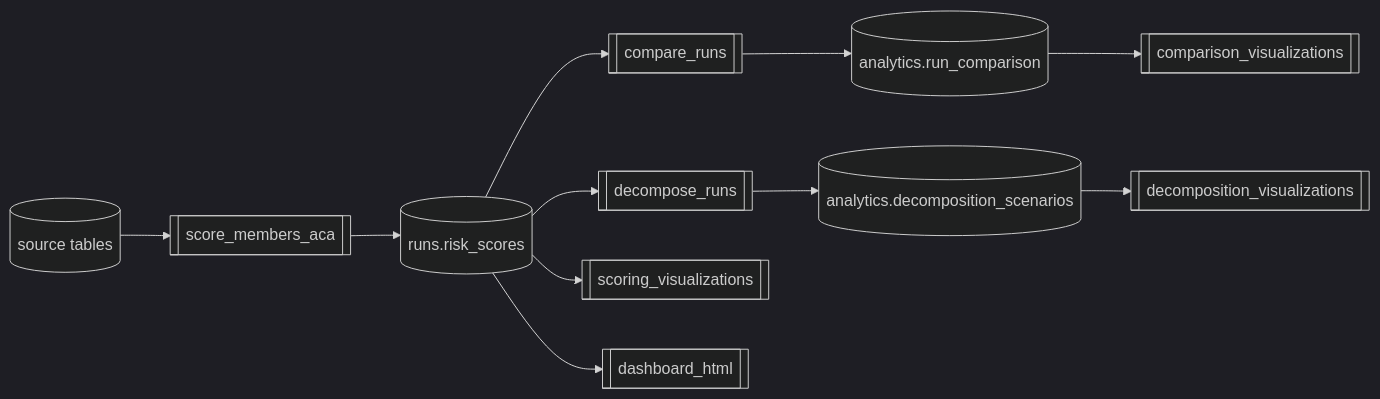
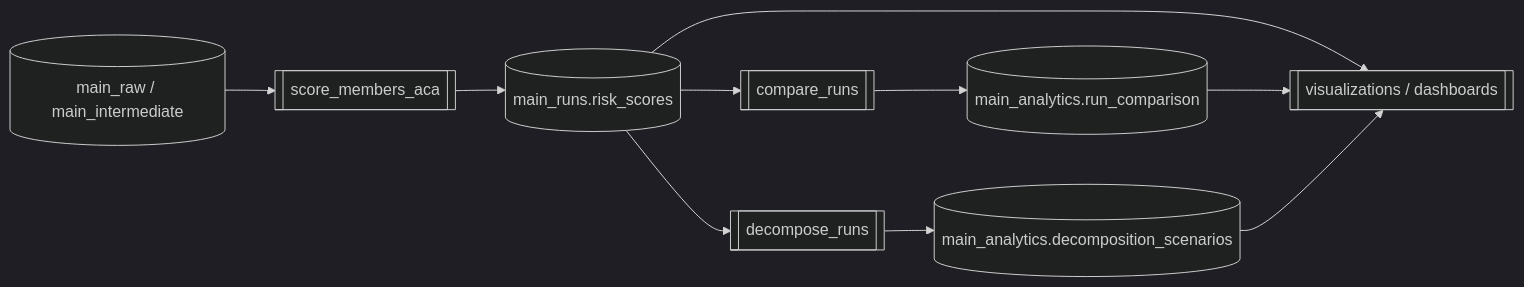
The diagram in README.md (garthmortensen/prism), drawn with Mermaid (dark theme) before and after one commit. The commit also changed other lines of this file and 7 other files, not shown here.

````diff
--- a/README.md
+++ b/README.md
@@ -56,24 +49,18 @@
 ```mermaid
 flowchart LR
-  A[("source tables")]
+  A[("main_raw / main_intermediate")]
   S[["score_members_aca"]]
-  RS[("runs.risk_scores")]
+  RS[("main_runs.risk_scores")]
   C[["compare_runs"]]
-  RC[("analytics.run_comparison")]
+  RC[("main_analytics.run_comparison")]
   D[["decompose_runs"]]
-  RD[("analytics.decomposition_scenarios")]
-  
-  VS[["scoring_visualizations"]]
-  VC[["comparison_visualizations"]]
-  VD[["decomposition_visualizations"]]
-  DASH[["dashboard_html"]]
+  RD[("main_analytics.decomposition_scenarios")]
+  V[["visualizations / dashboards"]]
 
   A --> S --> RS
   RS --> C --> RC
   RS --> D --> RD
-  
-  RS --> VS
-  RS --> DASH
-  RC --> VC
-  RD --> VD
+  RS --> V
+  RC --> V
+  RD --> V
 ```
````
